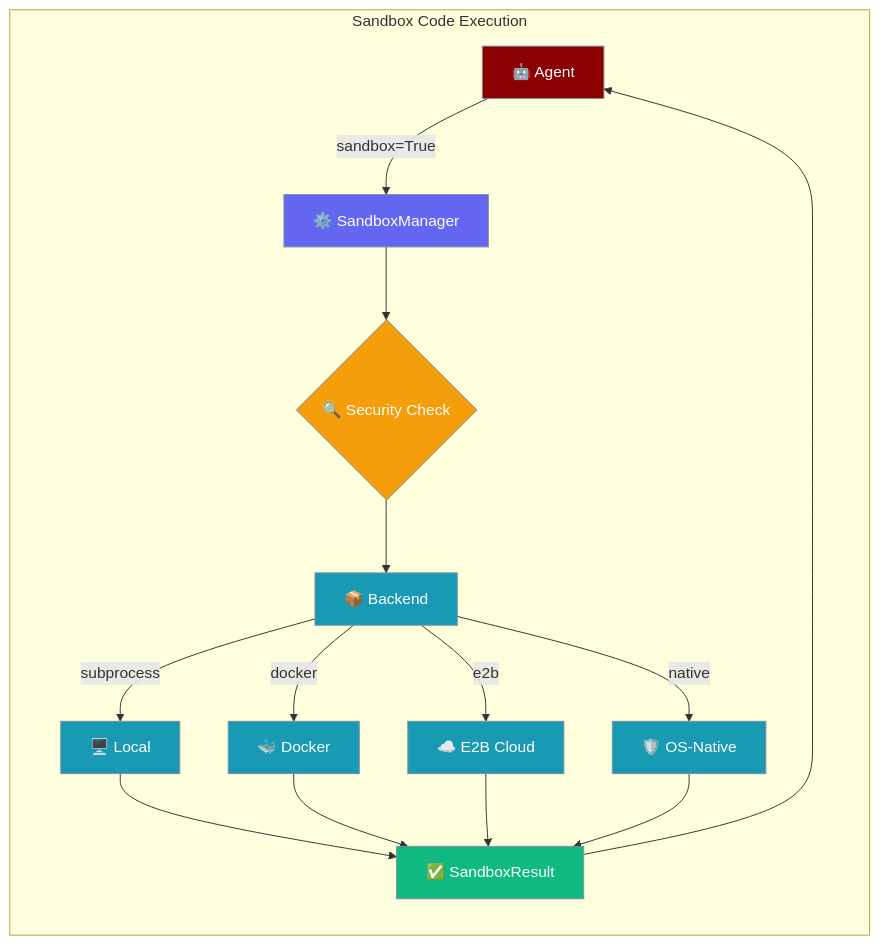
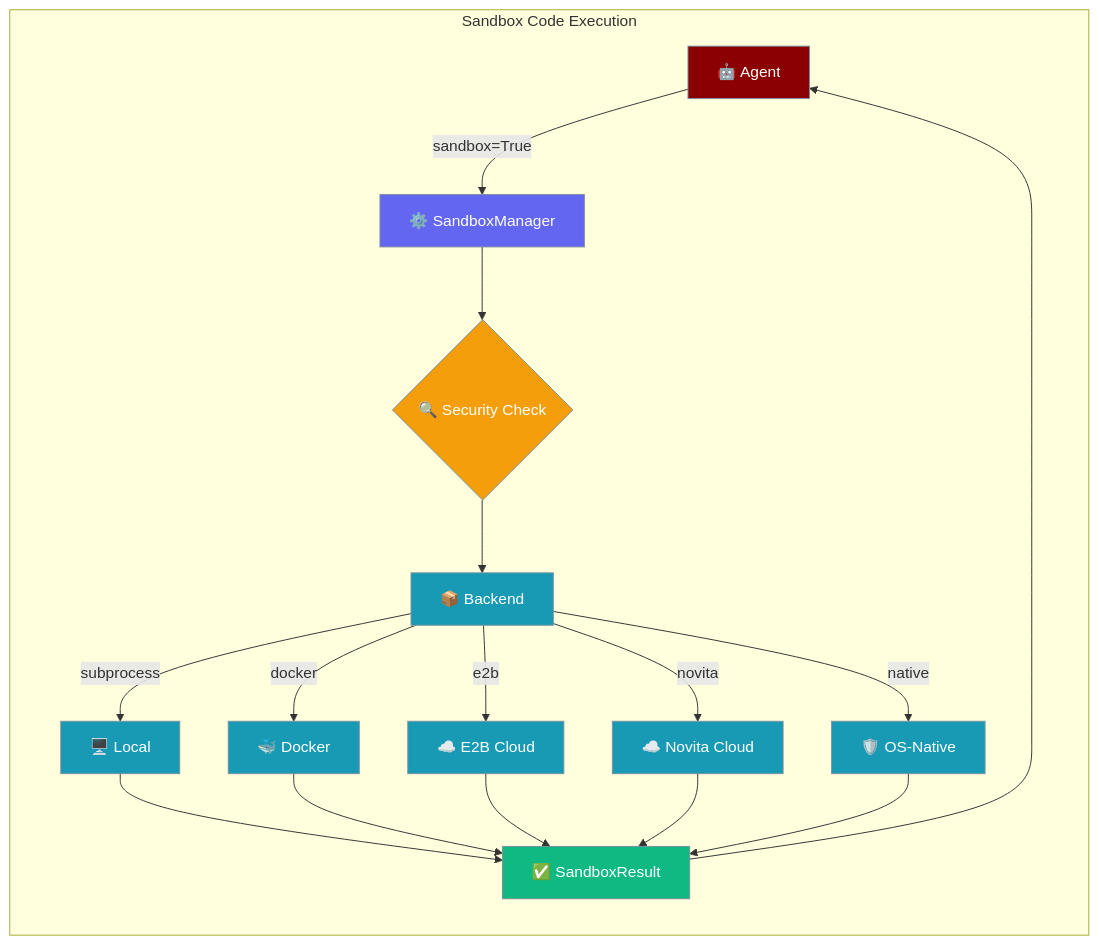
Before and after one commit to MervinPraison/PraisonAIDocs: the first of 5 diagrams in docs/features/sandbox.mdx, drawn with Mermaid. The commit also changed other lines of this file and 1 other file, not shown here.

First line of the commit message:
docs: add Novita sandbox backend to sandbox documentation (fixes #2805)

````diff
--- a/docs/features/sandbox.mdx
+++ b/docs/features/sandbox.mdx
@@ -32,26 +32,27 @@
 ```mermaid
 graph LR
     subgraph "Sandbox Code Execution"
         A[🤖 Agent] -->|sandbox=True| M[⚙️ SandboxManager]
         M --> S{🔍 Security Check}
         S --> B[📦 Backend]
         B -->|subprocess| L[🖥️ Local]
         B -->|docker| D[🐳 Docker]
         B -->|e2b| E[☁️ E2B Cloud]
+        B -->|novita| V[☁️ Novita Cloud]
         B -->|native| N[🛡️ OS-Native]
-        L & D & E & N --> R[✅ SandboxResult]
+        L & D & E & V & N --> R[✅ SandboxResult]
         R --> A
     end
 
     classDef agent fill:#8B0000,stroke:#7C90A0,color:#fff
     classDef manager fill:#6366F1,stroke:#7C90A0,color:#fff
     classDef check fill:#F59E0B,stroke:#7C90A0,color:#fff
     classDef backend fill:#189AB4,stroke:#7C90A0,color:#fff
     classDef result fill:#10B981,stroke:#7C90A0,color:#fff
 
     class A agent
     class M manager
     class S check
-    class B,L,D,E,N backend
+    class B,L,D,E,V,N backend
     class R result
 ```
````
